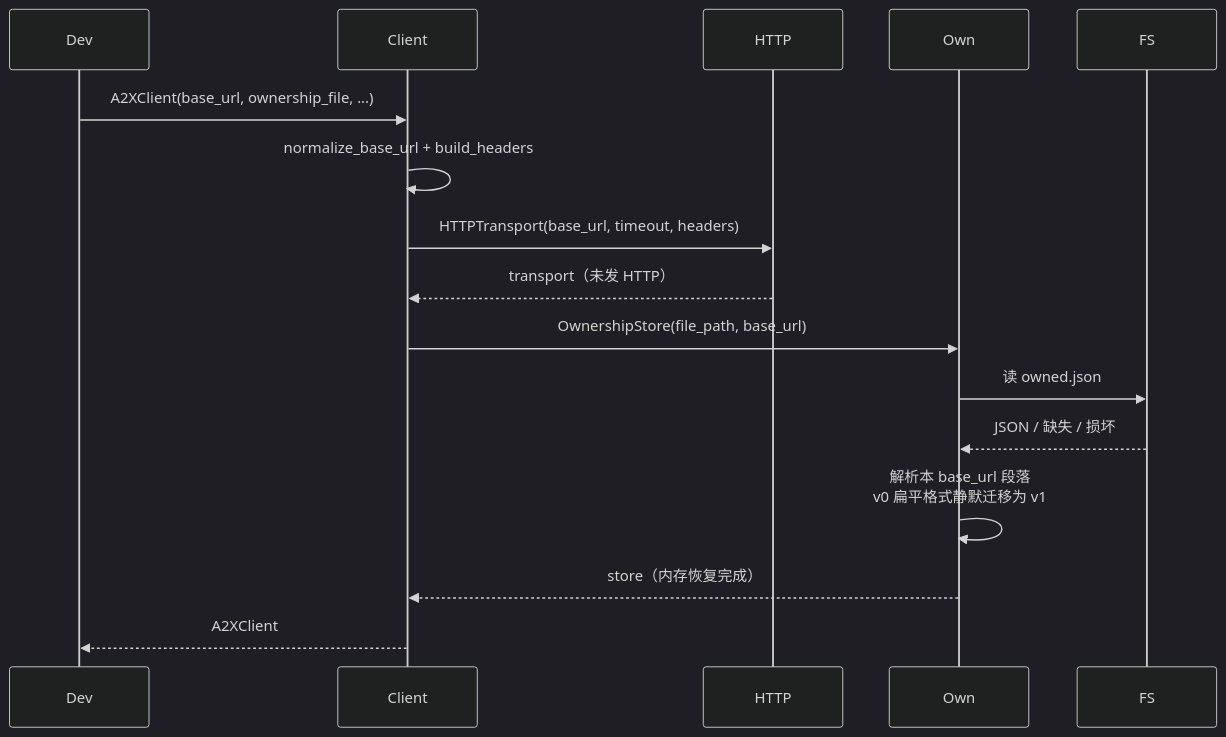
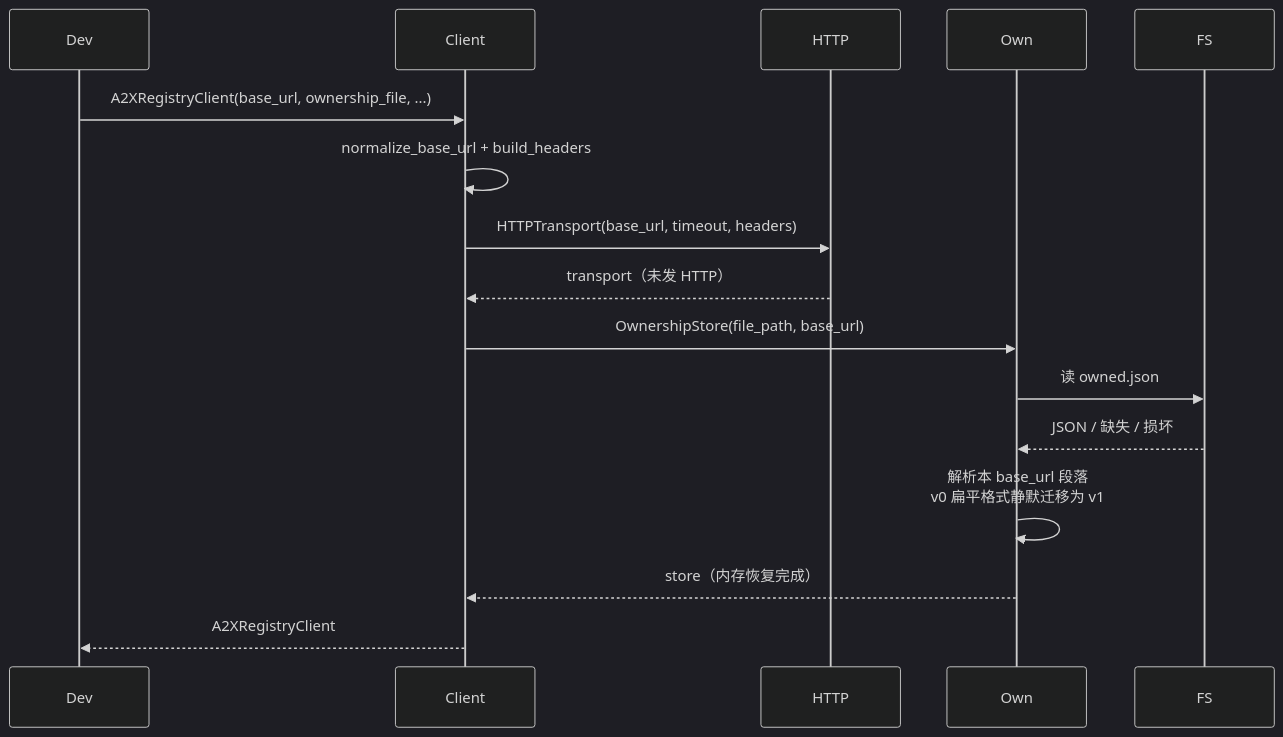
The second of 8 diagrams in README_cn.md (Weizheng96/A2X-registry-client), drawn with Mermaid (dark theme) before and after one commit. The commit also changed other lines of this file and 6 other files, not shown here.

First line of the commit message:
refactor: rename A2XClient -> A2XRegistryClient

````diff
--- a/README_cn.md
+++ b/README_cn.md
@@ -600,19 +600,19 @@
 ```mermaid
 sequenceDiagram
     participant Dev
     participant Client
     participant HTTP
     participant Own
     participant FS
 
-    Dev->>Client: A2XClient(base_url, ownership_file, ...)
+    Dev->>Client: A2XRegistryClient(base_url, ownership_file, ...)
     Client->>Client: normalize_base_url + build_headers
     Client->>HTTP: HTTPTransport(base_url, timeout, headers)
     HTTP-->>Client: transport（未发 HTTP）
     Client->>Own: OwnershipStore(file_path, base_url)
     Own->>FS: 读 owned.json
     FS-->>Own: JSON / 缺失 / 损坏
     Own->>Own: 解析本 base_url 段落<br/>v0 扁平格式静默迁移为 v1
     Own-->>Client: store（内存恢复完成）
-    Client-->>Dev: A2XClient
+    Client-->>Dev: A2XRegistryClient
 ```
````
